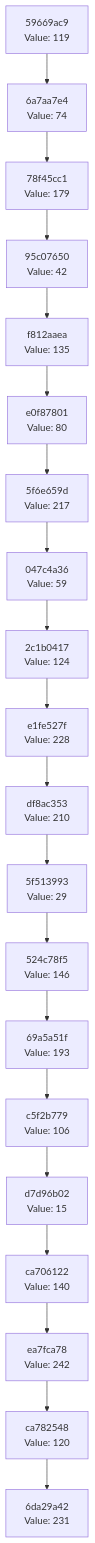
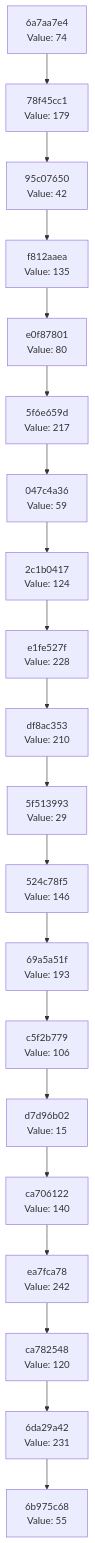
One commit to Abhisheksinha1506/hash-chain-evolver changed the diagram in docs/CHAIN_VISUALIZATION.md. Above: the diagram before and after it, drawn with Mermaid. The commit also changed 2 other files, not shown here.

Commit message:
Evolution Step

````diff
--- a/docs/CHAIN_VISUALIZATION.md
+++ b/docs/CHAIN_VISUALIZATION.md
@@ -3,42 +3,42 @@
 ```mermaid
 graph TD
-    C0["6da29a42<br/>Value: 231"]
-    C1["ca782548<br/>Value: 120"]
+    C0["6b975c68<br/>Value: 55"]
+    C1["6da29a42<br/>Value: 231"]
     C1 --> C0
-    C2["ea7fca78<br/>Value: 242"]
+    C2["ca782548<br/>Value: 120"]
     C2 --> C1
-    C3["ca706122<br/>Value: 140"]
+    C3["ea7fca78<br/>Value: 242"]
     C3 --> C2
-    C4["d7d96b02<br/>Value: 15"]
+    C4["ca706122<br/>Value: 140"]
     C4 --> C3
-    C5["c5f2b779<br/>Value: 106"]
+    C5["d7d96b02<br/>Value: 15"]
     C5 --> C4
-    C6["69a5a51f<br/>Value: 193"]
+    C6["c5f2b779<br/>Value: 106"]
     C6 --> C5
-    C7["524c78f5<br/>Value: 146"]
+    C7["69a5a51f<br/>Value: 193"]
     C7 --> C6
-    C8["5f513993<br/>Value: 29"]
+    C8["524c78f5<br/>Value: 146"]
     C8 --> C7
-    C9["df8ac353<br/>Value: 210"]
+    C9["5f513993<br/>Value: 29"]
     C9 --> C8
-    C10["e1fe527f<br/>Value: 228"]
+    C10["df8ac353<br/>Value: 210"]
     C10 --> C9
-    C11["2c1b0417<br/>Value: 124"]
+    C11["e1fe527f<br/>Value: 228"]
     C11 --> C10
-    C12["047c4a36<br/>Value: 59"]
+    C12["2c1b0417<br/>Value: 124"]
     C12 --> C11
-    C13["5f6e659d<br/>Value: 217"]
+    C13["047c4a36<br/>Value: 59"]
     C13 --> C12
-    C14["e0f87801<br/>Value: 80"]
+    C14["5f6e659d<br/>Value: 217"]
     C14 --> C13
-    C15["f812aaea<br/>Value: 135"]
+    C15["e0f87801<br/>Value: 80"]
     C15 --> C14
-    C16["95c07650<br/>Value: 42"]
+    C16["f812aaea<br/>Value: 135"]
     C16 --> C15
-    C17["78f45cc1<br/>Value: 179"]
+    C17["95c07650<br/>Value: 42"]
     C17 --> C16
-    C18["6a7aa7e4<br/>Value: 74"]
+    C18["78f45cc1<br/>Value: 179"]
     C18 --> C17
-    C19["59669ac9<br/>Value: 119"]
+    C19["6a7aa7e4<br/>Value: 74"]
     C19 --> C18
 ```
````
